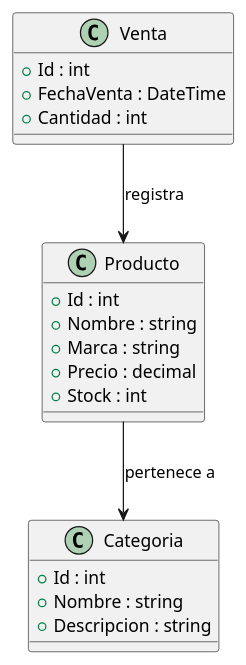
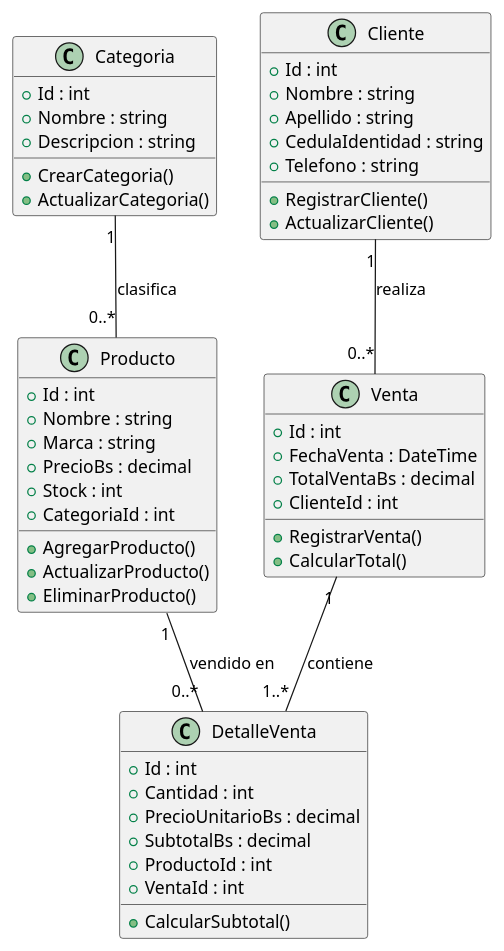
The diagram in diagramas/diagrama_clases.puml (angel6494/techzone-inventory-system), drawn with PlantUML before and after one commit.

Commit message:
Refinamiento total de el diagrama de clases

```diff
--- a/diagramas/diagrama_clases.puml
+++ b/diagramas/diagrama_clases.puml
@@ -1,26 +1,62 @@
 @startuml
+
+class Categoria {
+    +Id : int
+    +Nombre : string
+    +Descripcion : string
+
+    +CrearCategoria()
+    +ActualizarCategoria()
+}
 
 class Producto {
     +Id : int
     +Nombre : string
     +Marca : string
-    +Precio : decimal
+    +PrecioBs : decimal
     +Stock : int
+    +CategoriaId : int
+
+    +AgregarProducto()
+    +ActualizarProducto()
+    +EliminarProducto()
 }
 
-class Categoria {
+class Cliente {
     +Id : int
     +Nombre : string
-    +Descripcion : string
+    +Apellido : string
+    +CedulaIdentidad : string
+    +Telefono : string
+
+    +RegistrarCliente()
+    +ActualizarCliente()
 }
 
 class Venta {
     +Id : int
     +FechaVenta : DateTime
-    +Cantidad : int
+    +TotalVentaBs : decimal
+    +ClienteId : int
+
+    +RegistrarVenta()
+    +CalcularTotal()
 }
 
-Producto --> Categoria : pertenece a
-Venta --> Producto : registra
+class DetalleVenta {
+    +Id : int
+    +Cantidad : int
+    +PrecioUnitarioBs : decimal
+    +SubtotalBs : decimal
+    +ProductoId : int
+    +VentaId : int
+
+    +CalcularSubtotal()
+}
+
+Categoria "1" -- "0..*" Producto : clasifica
+Cliente "1" -- "0..*" Venta : realiza
+Venta "1" -- "1..*" DetalleVenta : contiene
+Producto "1" -- "0..*" DetalleVenta : vendido en
 
 @enduml
```
